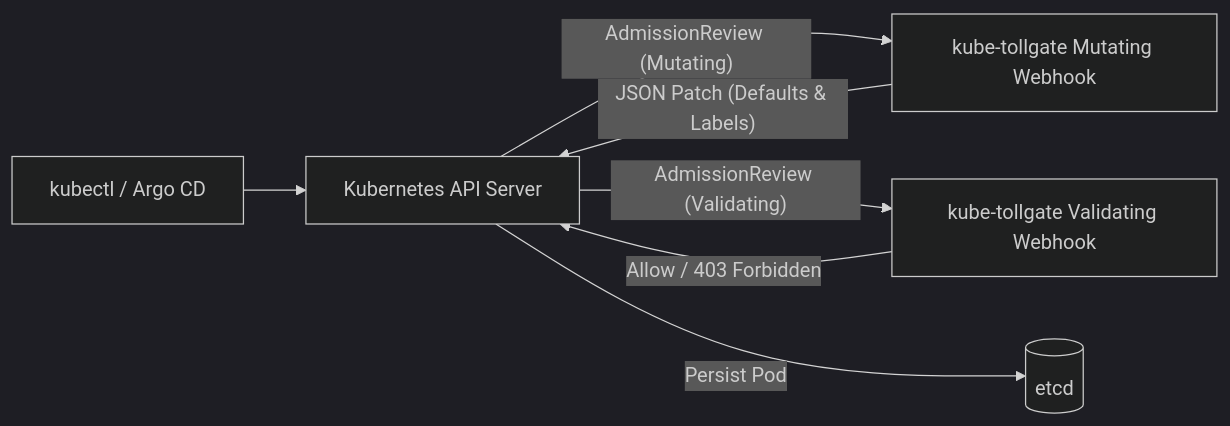
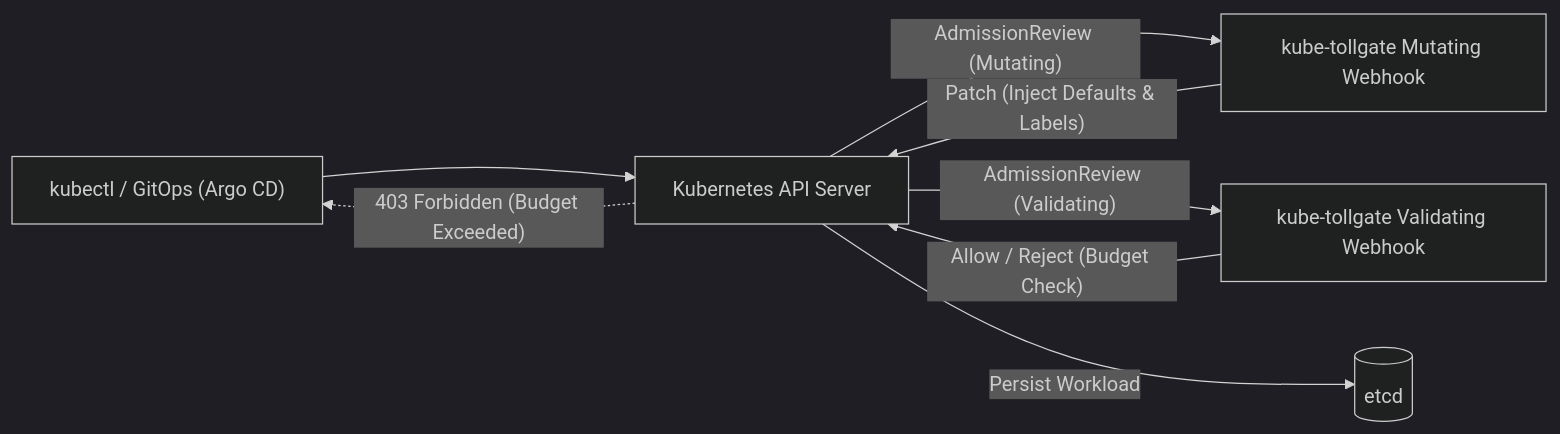
The first of 2 diagrams in README.md (dawidbera/kube-tollgate), drawn with Mermaid (dark theme) before and after one commit. The commit also changed other lines of this file and 6 other files, not shown here.

````diff
--- a/README.md
+++ b/README.md
@@ -22,9 +24,10 @@
 ```mermaid
 flowchart LR
-    Client["kubectl / Argo CD"] --> APIServer["Kubernetes API Server"]
+    Dev["kubectl / GitOps (Argo CD)"] --> APIServer["Kubernetes API Server"]
     APIServer -->|"AdmissionReview (Mutating)"| Mutate["kube-tollgate Mutating Webhook"]
-    Mutate -->|"JSON Patch (Defaults & Labels)"| APIServer
+    Mutate -->|"Patch (Inject Defaults & Labels)"| APIServer
     APIServer -->|"AdmissionReview (Validating)"| Validate["kube-tollgate Validating Webhook"]
-    Validate -->|"Allow / 403 Forbidden"| APIServer
-    APIServer -->|"Persist Pod"| etcd[("etcd")]
+    Validate -->|"Allow / Reject (Budget Check)"| APIServer
+    APIServer -->|"Persist Workload"| etcd[("etcd")]
+    APIServer -.->|"403 Forbidden (Budget Exceeded)"| Dev
 ```
````
